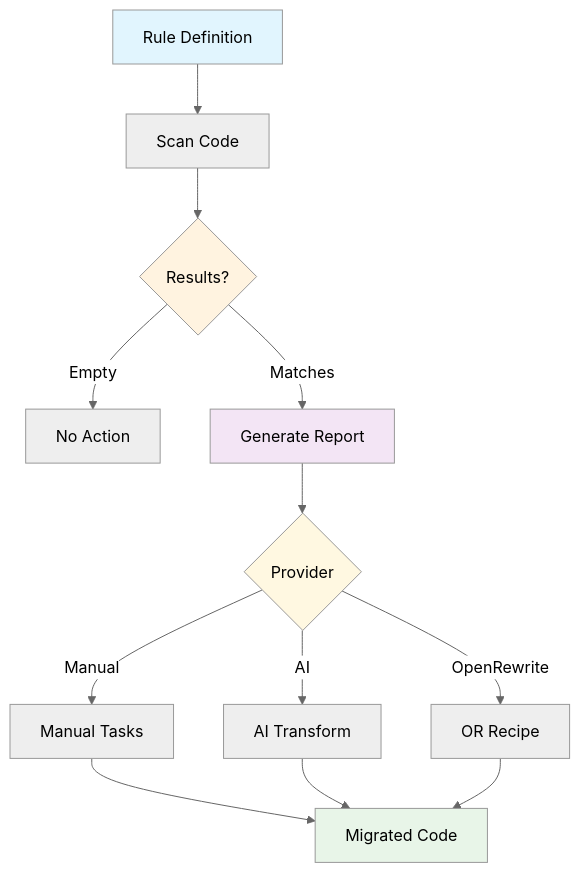
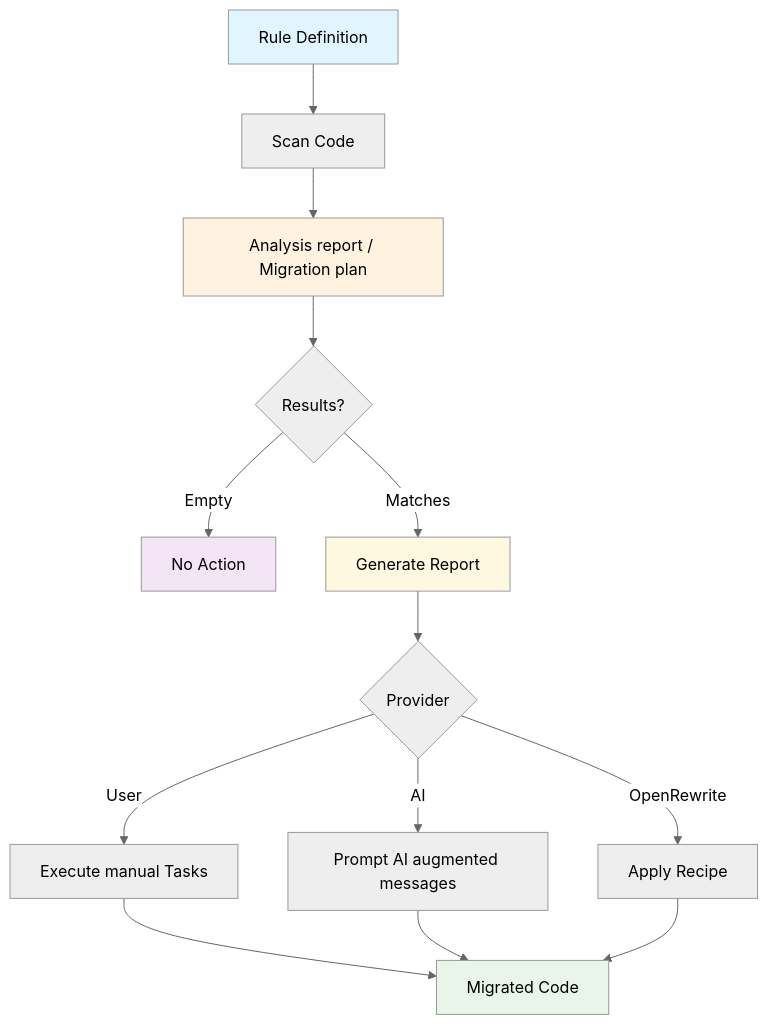
Before and after one commit to snowdrop/migration-tool: the diagram in README.md, drawn with Mermaid (neutral theme).

Commit message:
Improve the diagram

````diff
--- a/README.md
+++ b/README.md
@@ -11,20 +11,21 @@
 ```mermaid
 flowchart TD
     A[Rule Definition] --> B[Scan Code]
-    B --> C{Results?}
-    C -->|Empty| D[No Action]
-    C -->|Matches| E[Generate Report]
-    E --> F{Provider}
-    F -->|Manual| G[Manual Tasks]
-    F -->|AI| H[AI Transform]
-    F -->|OpenRewrite| I[OR Recipe]
-    G --> J[Migrated Code]
-    H --> J
-    I --> J
+    B --> C[Analysis report / Migration plan]
+    C --> D{Results?}
+    D -->|Empty| E[No Action]
+    D -->|Matches| F[Generate Report]
+    F --> G{Provider}
+    G -->|User| H[Execute manual Tasks]
+    G -->|AI| I[Prompt AI augmented messages]
+    G -->|OpenRewrite| J[Apply Recipe]
+    H --> K[Migrated Code]
+    I --> K
+    J --> K
 
     style A fill:#e1f5fe
     style C fill:#fff3e0
     style E fill:#f3e5f5
-    style J fill:#e8f5e8
+    style K fill:#e8f5e8
     style F fill:#fff8e1
 ```
````
